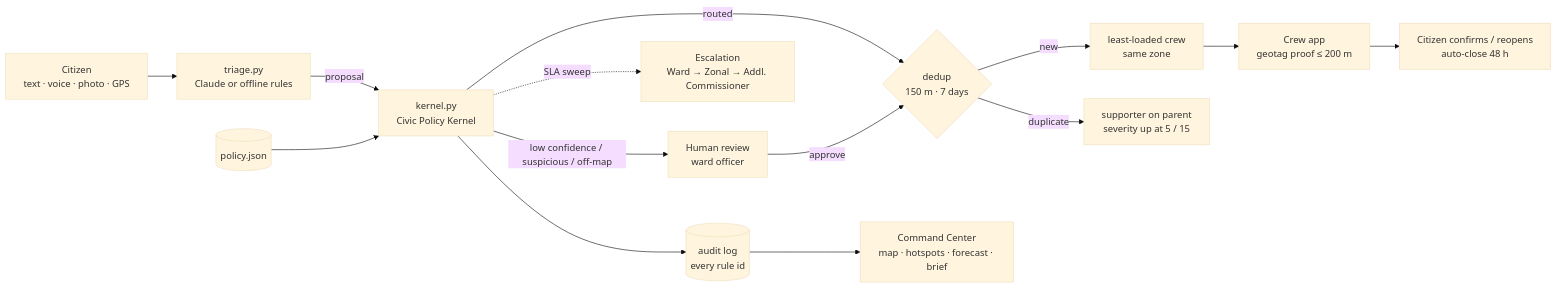
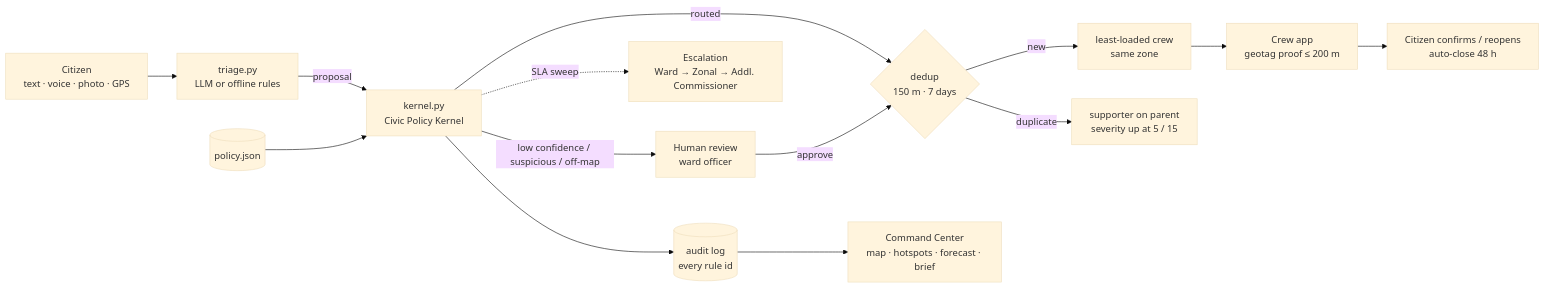
The diagram in README.md (teamvidyut2026/nagarsetu), drawn with Mermaid (base theme) before and after one commit. The commit also changed other lines of this file and 8 other files, not shown here.

````diff
--- a/README.md
+++ b/README.md
@@ -41,16 +41,16 @@
 ```mermaid
 flowchart LR
-  C[Citizen<br/>text · voice · photo · GPS] --> T[triage.py<br/>Claude or offline rules]
+  C[Citizen<br/>text · voice · photo · GPS] --> T[triage.py<br/>LLM or offline rules]
   T -- proposal --> K[kernel.py<br/>Civic Policy Kernel]
   P[(policy.json)] --> K
   K -- routed --> D{dedup<br/>150 m · 7 days}
   K -- low confidence / suspicious / off-map --> R[Human review<br/>ward officer]
   R -- approve --> D
   D -- new --> A[least-loaded crew<br/>same zone]
   D -- duplicate --> S[supporter on parent<br/>severity up at 5 / 15]
   A --> W[Crew app<br/>geotag proof ≤ 200 m]
   W --> X[Citizen confirms / reopens<br/>auto-close 48 h]
   K -. SLA sweep .-> E[Escalation<br/>Ward → Zonal → Addl. Commissioner]
   K --> L[(audit log<br/>every rule id)]
   L --> CC[Command Center<br/>map · hotspots · forecast · brief]
 ```
````
